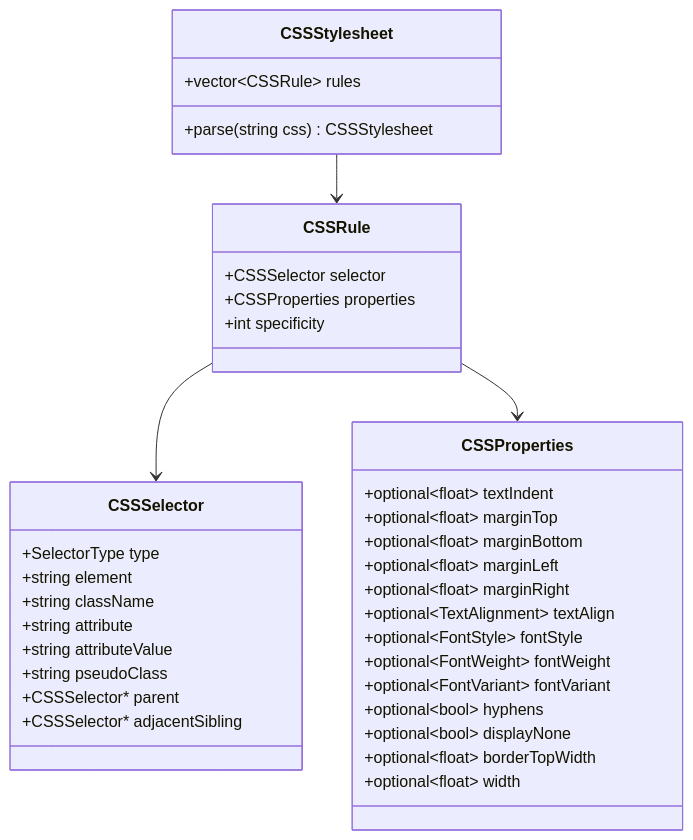
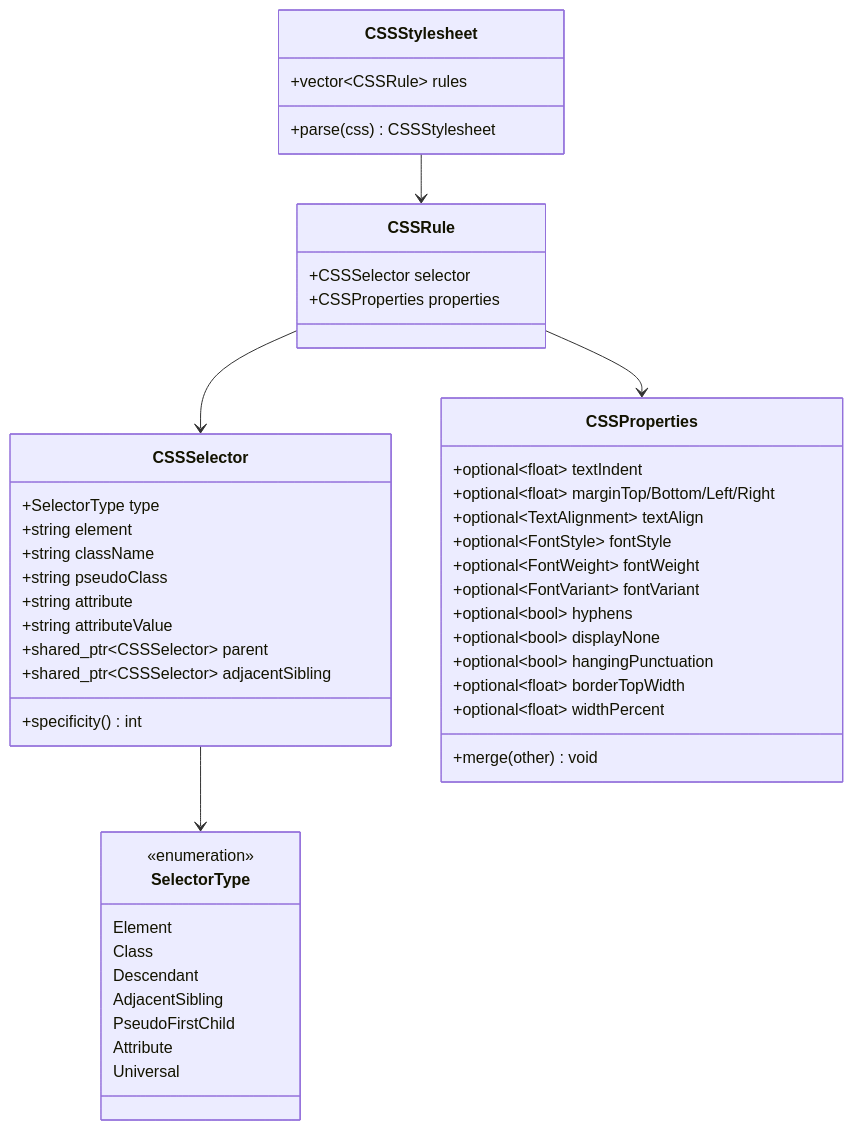
One commit to readmigo/typesetting changed the fifth of 13 diagrams in DESIGN.md. Above: the diagram before and after it, drawn with Mermaid. The commit also changed other lines of this file, not shown here.

````diff
--- a/DESIGN.md
+++ b/DESIGN.md
@@ -103,44 +345,55 @@
 ```mermaid
 classDiagram
+    class CSSStylesheet {
+        +vector~CSSRule~ rules
+        +parse(css) CSSStylesheet
+    }
+
     class CSSRule {
         +CSSSelector selector
         +CSSProperties properties
-        +int specificity
     }
 
     class CSSSelector {
         +SelectorType type
         +string element
         +string className
+        +string pseudoClass
         +string attribute
         +string attributeValue
-        +string pseudoClass
-        +CSSSelector* parent
-        +CSSSelector* adjacentSibling
+        +shared_ptr~CSSSelector~ parent
+        +shared_ptr~CSSSelector~ adjacentSibling
+        +specificity() int
     }
 
     class CSSProperties {
         +optional~float~ textIndent
-        +optional~float~ marginTop
-        +optional~float~ marginBottom
-        +optional~float~ marginLeft
-        +optional~float~ marginRight
+        +optional~float~ marginTop/Bottom/Left/Right
         +optional~TextAlignment~ textAlign
         +optional~FontStyle~ fontStyle
         +optional~FontWeight~ fontWeight
         +optional~FontVariant~ fontVariant
         +optional~bool~ hyphens
         +optional~bool~ displayNone
+        +optional~bool~ hangingPunctuation
         +optional~float~ borderTopWidth
-        +optional~float~ width
+        +optional~float~ widthPercent
+        +merge(other) void
     }
 
-    class CSSStylesheet {
-        +vector~CSSRule~ rules
-        +parse(string css) CSSStylesheet
+    class SelectorType {
+        <<enumeration>>
+        Element
+        Class
+        Descendant
+        AdjacentSibling
+        PseudoFirstChild
+        Attribute
+        Universal
     }
 
     CSSStylesheet --> CSSRule
     CSSRule --> CSSSelector
     CSSRule --> CSSProperties
+    CSSSelector --> SelectorType
 ```
````
